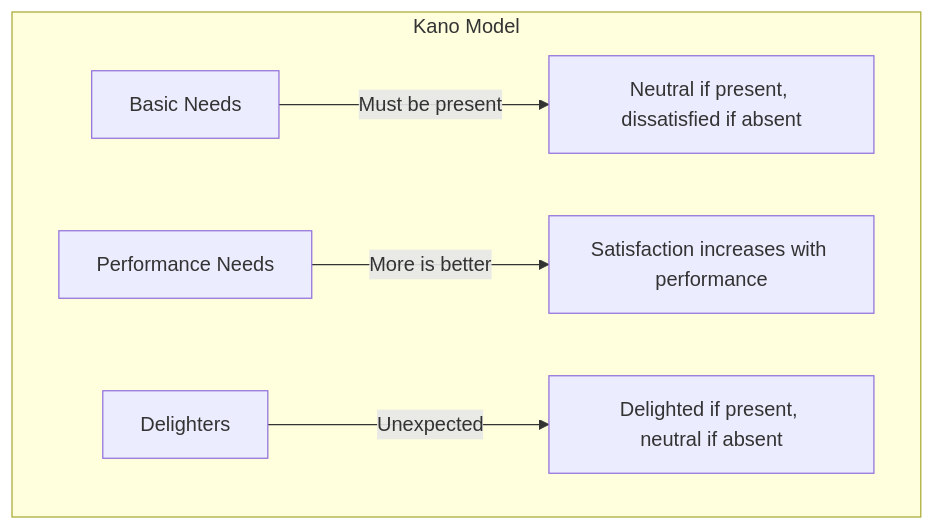
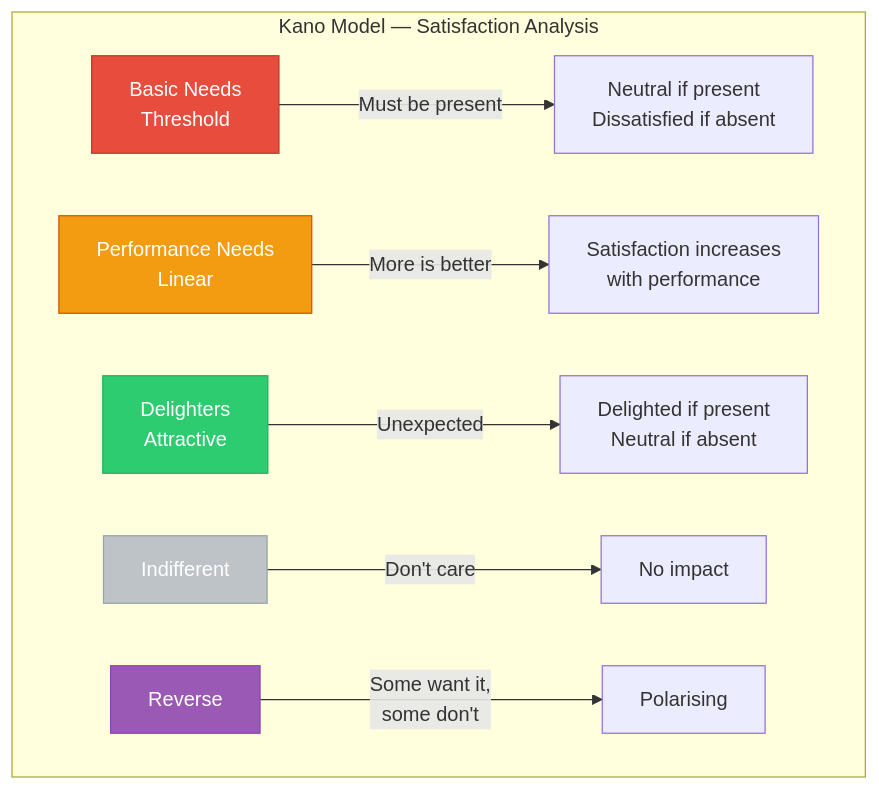
The third of 6 diagrams in docs/courses/software-engineering/02-requirements.md (Raushan666java/ai-engineering-journey), drawn with Mermaid before and after one commit. The commit also changed other lines of this file and 15 other files, not shown here.

Commit message:
deploy: software-engineering overhaul - 16 chapters expanded to avg 1284L (+7649L), richer Mermaid, more TS, deeper content

````diff
--- a/docs/courses/software-engineering/02-requirements.md
+++ b/docs/courses/software-engineering/02-requirements.md
@@ -164,9 +191,22 @@
 ```mermaid
-graph
-    subgraph "Kano Model"
+graph TD
+    subgraph "Kano Model — Satisfaction Analysis"
         direction LR
-        A[Basic Needs] -->|Must be present| S1[Neutral if present, dissatisfied if absent]
-        B[Performance Needs] -->|More is better| S2[Satisfaction increases with performance]
-        C[Delighters] -->|Unexpected| S3[Delighted if present, neutral if absent]
+        A[Basic Needs<br/>Threshold] -->|Must be present| S1[Neutral if present<br/>Dissatisfied if absent]
+        B[Performance Needs<br/>Linear] -->|More is better| S2[Satisfaction increases<br/>with performance]
+        C[Delighters<br/>Attractive] -->|Unexpected| S3[Delighted if present<br/>Neutral if absent]
+        D[Indifferent] -->|Don't care| S4[No impact]
+        E[Reverse] -->|Some want it,<br/>some don't| S5[Polarising]
     end
+
+    classDef basic fill:#e74c3c,stroke:#c0392b,color:#fff
+    classDef perf fill:#f39c12,stroke:#d35400,color:#fff
+    classDef delight fill:#2ecc71,stroke:#27ae60,color:#fff
+    classDef indiff fill:#bdc3c7,stroke:#95a5a6,color:#fff
+    classDef reverse fill:#9b59b6,stroke:#8e44ad,color:#fff
+    class A basic
+    class B perf
+    class C delight
+    class D indiff
+    class E reverse
 ```
````
